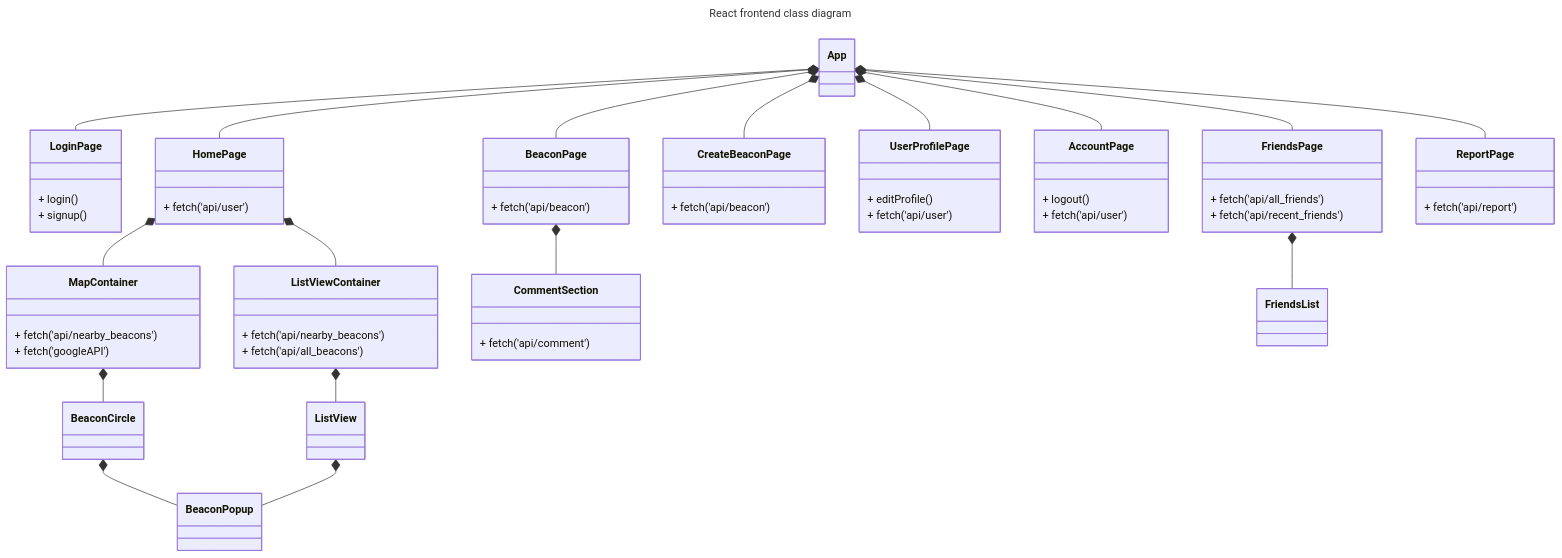
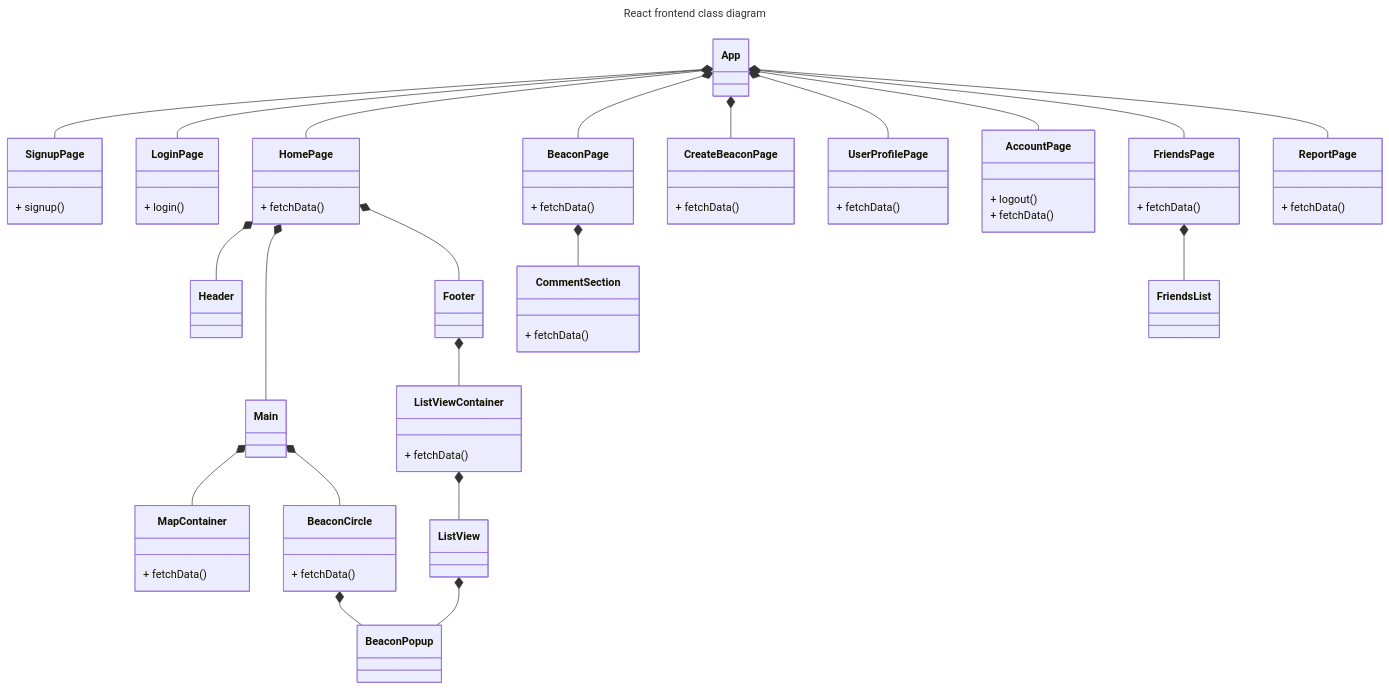
The first of 5 diagrams in documentation/docs/system-architecture/classdiagrams.md (jenniferlieu/project-lomo-in-person-gaming-app), drawn with Mermaid before and after one commit. The commit also changed other lines of this file, not shown here.

Commit message:
Add more components to the frontend class diagrams

````diff
--- a/documentation/docs/system-architecture/classdiagrams.md
+++ b/documentation/docs/system-architecture/classdiagrams.md
@@ -25,75 +25,75 @@
 ```mermaid
 ---
 title: React frontend class diagram
 ---
 classDiagram
+    App *-- SignupPage
     App *-- LoginPage
     App *-- HomePage
     App *-- BeaconPage
     App *-- CreateBeaconPage
     App *-- UserProfilePage
     App *-- AccountPage
     App *-- FriendsPage
     App *-- ReportPage
 
-    HomePage *-- MapContainer
-    MapContainer *-- BeaconCircle
-    BeaconCircle *-- BeaconPopup
-    HomePage *-- ListViewContainer
-    ListViewContainer *-- ListView
-    ListView *-- BeaconPopup
-
-    BeaconPage *-- CommentSection
-
-    FriendsPage *-- FriendsList
+    class SignupPage{
+        + signup()
+    }
 
     class LoginPage{
         + login()
-        + signup()
     }
 
+    HomePage *-- Header
+    HomePage *-- Main
+    HomePage *-- Footer
+    Main *-- MapContainer
+    Main *-- BeaconCircle
+    BeaconCircle *-- BeaconPopup
+    Footer *-- ListViewContainer
+    ListViewContainer *-- ListView
+    ListView *-- BeaconPopup
     class HomePage{
-        + fetch('api/user')
+        + fetchData()
+    }
+    class MapContainer{
+        + fetchData()
+    }
+    class BeaconCircle{
+        + fetchData()
+    }
+    class ListViewContainer{
+        + fetchData()
     }
 
-    class MapContainer{
-        + fetch('api/nearby_beacons')
-        + fetch('googleAPI')
+    BeaconPage *-- CommentSection
+    class BeaconPage{
+        + fetchData()
     }
-
-    class ListViewContainer{
-        + fetch('api/nearby_beacons')
-        + fetch('api/all_beacons')
-    }
-
-    class BeaconPage{
-        + fetch('api/beacon')
-    }
-
     class CommentSection{
-        + fetch('api/comment')
+        + fetchData()
     }
 
     class CreateBeaconPage{
-        + fetch('api/beacon')
+        + fetchData()
     }
 
     class UserProfilePage{
-        + editProfile()
-        + fetch('api/user')
+        + fetchData()
     }
 
     class AccountPage{
         + logout()
-        + fetch('api/user')
+        + fetchData()
     }
 
+    FriendsPage *-- FriendsList
     class FriendsPage{
-        + fetch('api/all_friends')
-        + fetch('api/recent_friends')
+        + fetchData()
     }
 
     class ReportPage{
-        + fetch('api/report')
+        + fetchData()
     } 
 ```
````
